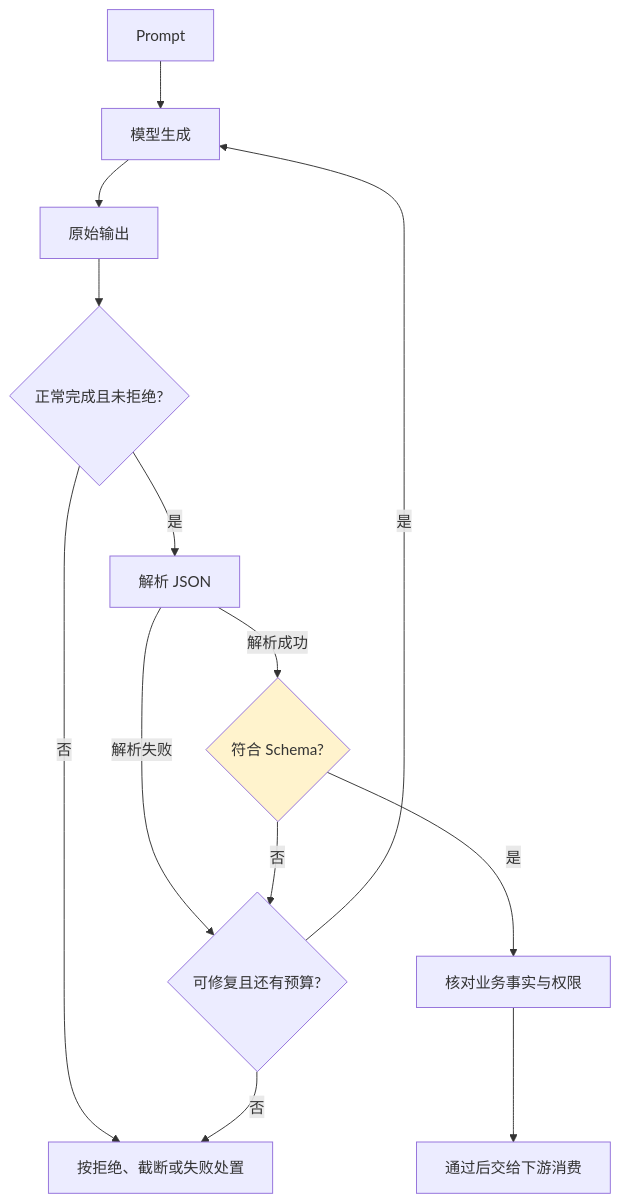
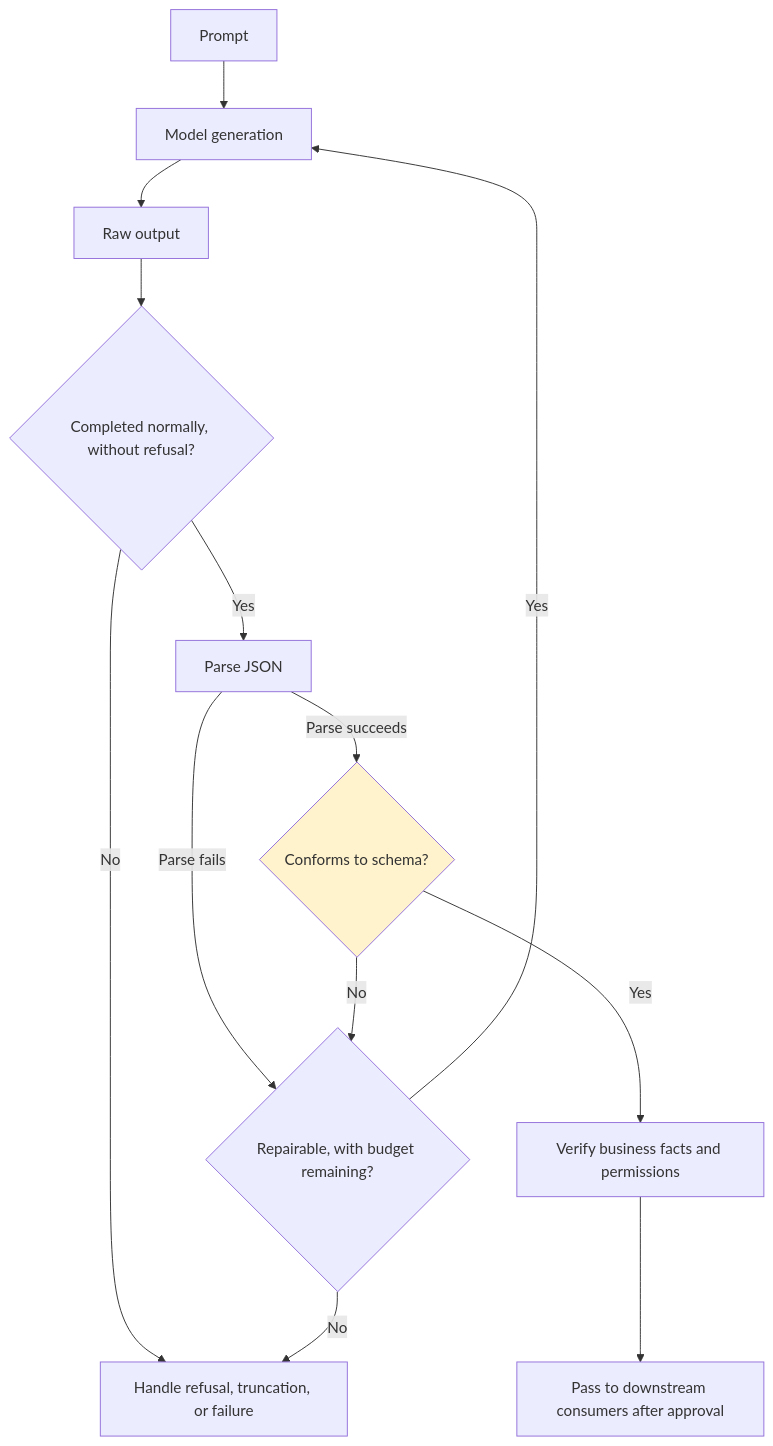
The diagram in docs/engineering/03-output-safety/05-structured-output-contracts.md (oneleaveknowsthefall/awesome-ai-roadmap), drawn with Mermaid before and after one commit. The commit also changed other lines of this file and 82 other files, not shown here.

````diff
--- a/docs/engineering/03-output-safety/05-structured-output-contracts.md
+++ b/docs/engineering/03-output-safety/05-structured-output-contracts.md
@@ -11,17 +11,17 @@
 ```mermaid
 flowchart TB
-    P["Prompt"] --> M["模型生成"]
-    M --> RAW["原始输出"]
-    RAW --> STATUS{"正常完成且未拒绝?"}
-    STATUS -->|否| STOP["按拒绝、截断或失败处置"]
-    STATUS -->|是| PARSE["解析 JSON"]
-    PARSE -->|解析成功| SCHEMA{"符合 Schema?"}
-    PARSE -->|解析失败| REPAIR{"可修复且还有预算?"}
-    SCHEMA -->|否| REPAIR
-    REPAIR -->|是| M
-    REPAIR -->|否| STOP
-    SCHEMA -->|是| BUSINESS["核对业务事实与权限"]
-    BUSINESS --> DOWNSTREAM["通过后交给下游消费"]
+    P["Prompt"] --> M["Model generation"]
+    M --> RAW["Raw output"]
+    RAW --> STATUS{"Completed normally, without refusal?"}
+    STATUS -->|No| STOP["Handle refusal, truncation, or failure"]
+    STATUS -->|Yes| PARSE["Parse JSON"]
+    PARSE -->|Parse succeeds| SCHEMA{"Conforms to schema?"}
+    PARSE -->|Parse fails| REPAIR{"Repairable, with budget remaining?"}
+    SCHEMA -->|No| REPAIR
+    REPAIR -->|Yes| M
+    REPAIR -->|No| STOP
+    SCHEMA -->|Yes| BUSINESS["Verify business facts and permissions"]
+    BUSINESS --> DOWNSTREAM["Pass to downstream consumers after approval"]
 
     style SCHEMA fill:#fff3cd
 ```
````
